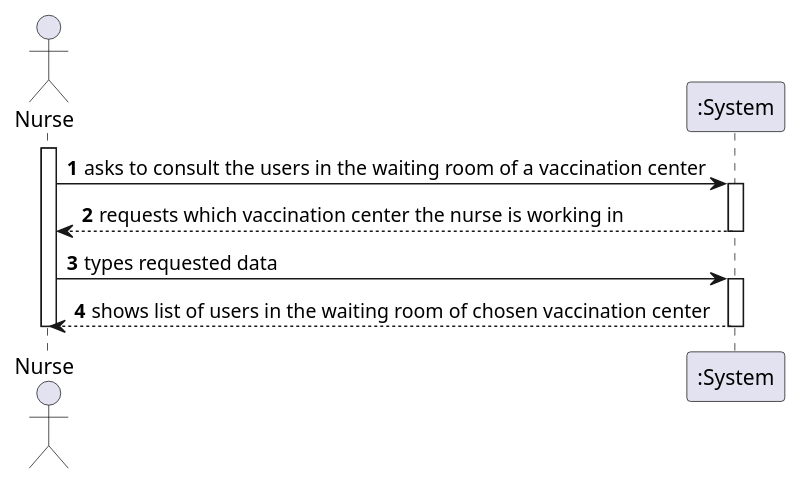
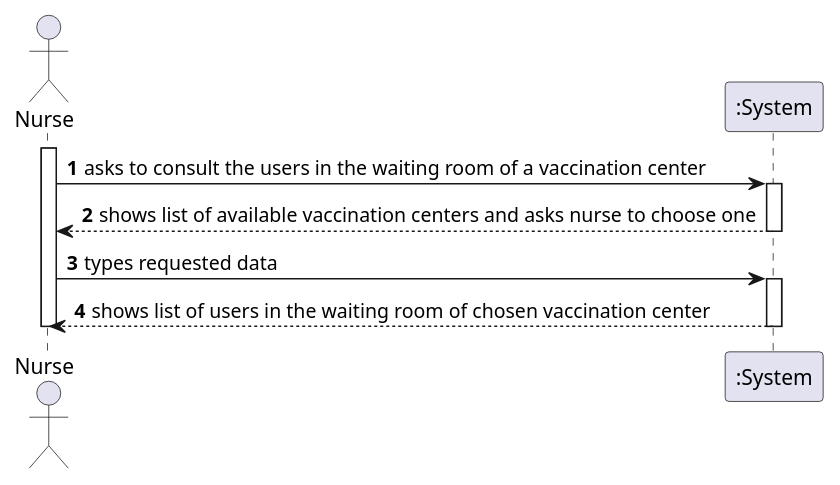
One commit to PedroMesquita1211171/VaccinationManager changed the diagram in docs/SprintC/US/US5/US005_SSD.puml. Above: the diagram before and after it, drawn with PlantUML. The commit also changed 6 other files, not shown here.

First line of the commit message:
US5 - As a nurse, I want to consult a list of SNS users in the waiting room.

```diff
--- a/docs/SprintC/US/US5/US005_SSD.puml
+++ b/docs/SprintC/US/US5/US005_SSD.puml
@@ -1,18 +1,17 @@
 @startuml
 autonumber
 actor "Nurse" as nur
 
 activate nur
 nur -> ":System" : asks to consult the users in the waiting room of a vaccination center
 activate ":System"
-":System" --> nur : requests which vaccination center the nurse is working in
+":System" --> nur : shows list of available vaccination centers and asks nurse to choose one
 deactivate ":System"
-
 nur -> ":System" : types requested data
 activate ":System"
 ":System" --> nur : shows list of users in the waiting room of chosen vaccination center
 deactivate ":System"
 
 deactivate nur
 
 @enduml
```
